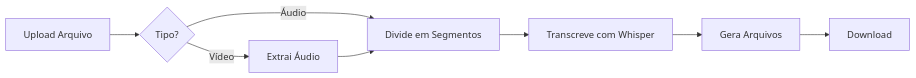
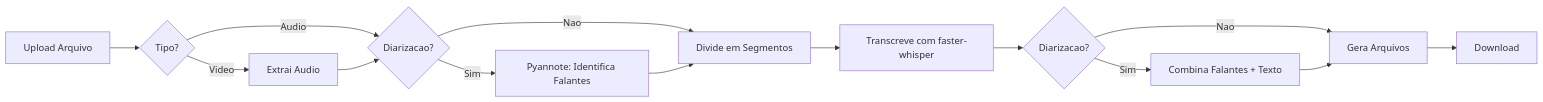
One commit to ramon141/transcriber changed the diagram in README.md. Above: the diagram before and after it, drawn with Mermaid. The commit also changed other lines of this file and 5 other files, not shown here.

Commit message:
Implement speaker diarization feature in audio processing module; update Streamlit app and README to reflect new functionality. Enhance transcription process to include speaker identification, and modify requirements to include Pyannote for diarization support.

````diff
--- a/README.md
+++ b/README.md
@@ -138,10 +243,16 @@
 ```mermaid
 graph LR
     A[Upload Arquivo] --> B{Tipo?}
-    B -->|Vídeo| C[Extrai Áudio]
-    B -->|Áudio| D[Divide em Segmentos]
+    B -->|Video| C[Extrai Audio]
+    B -->|Audio| D{Diarizacao?}
     C --> D
-    D --> E[Transcreve com Whisper]
-    E --> F[Gera Arquivos]
-    F --> G[Download]
+    D -->|Sim| E[Pyannote: Identifica Falantes]
+    D -->|Nao| F[Divide em Segmentos]
+    E --> F
+    F --> G[Transcreve com faster-whisper]
+    G --> H{Diarizacao?}
+    H -->|Sim| I[Combina Falantes + Texto]
+    H -->|Nao| J[Gera Arquivos]
+    I --> J
+    J --> K[Download]
 ```
````
